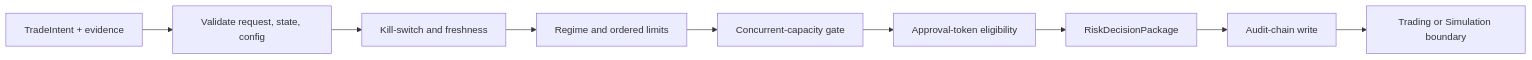
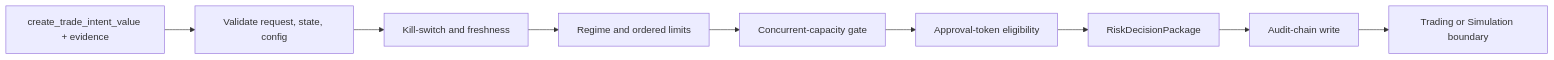
One commit to haruperi/HaruQuantAI changed the third of 3 diagrams in app/services/risk/README.md. Above: the diagram before and after it, drawn with Mermaid. The commit also changed other lines of this file and 138 other files, not shown here.

````diff
--- a/app/services/risk/README.md
+++ b/app/services/risk/README.md
@@ -459,11 +463,11 @@
 ```mermaid
 flowchart LR
-    I[TradeIntent + evidence] --> V["Validate request, state, config"]
+    I[create_trade_intent_value + evidence] --> V["Validate request, state, config"]
     V --> K["Kill-switch and freshness"]
     K --> R["Regime and ordered limits"]
     R --> C["Concurrent-capacity gate"]
     C --> A["Approval-token eligibility"]
     A --> D["RiskDecisionPackage"]
     D --> H["Audit-chain write"]
     H --> O[Trading or Simulation boundary]
 ```
````
